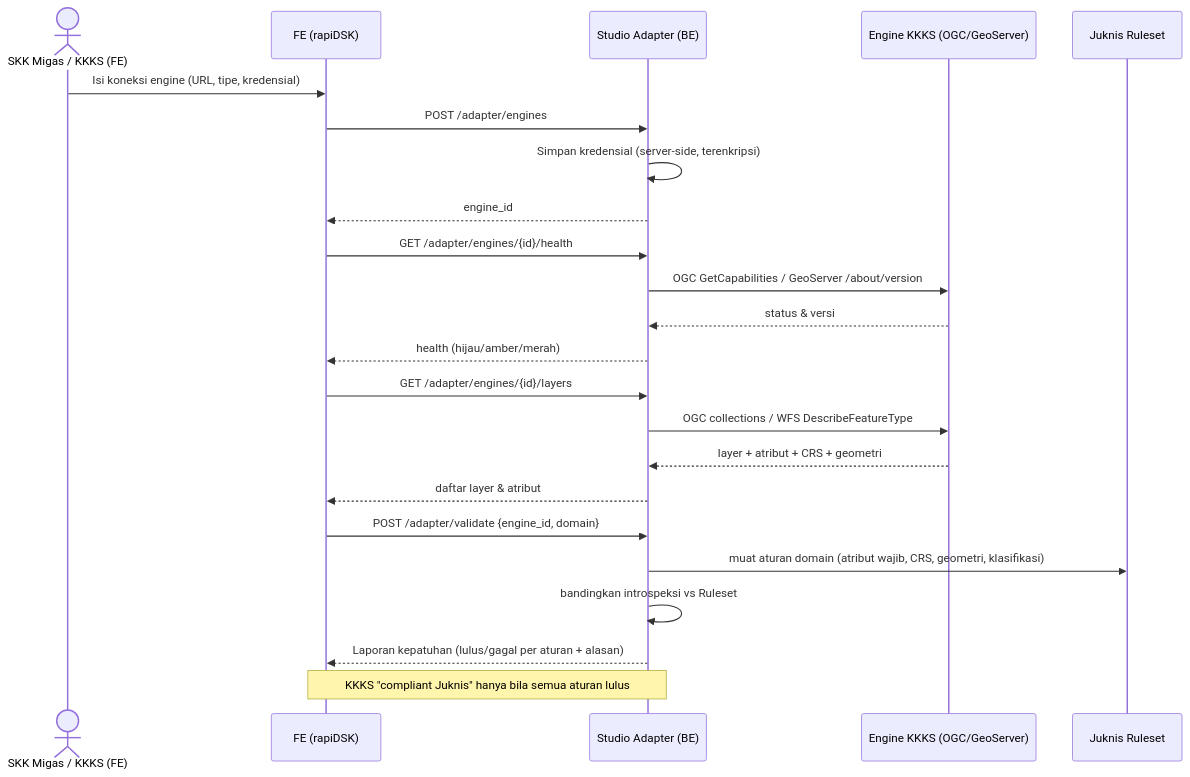
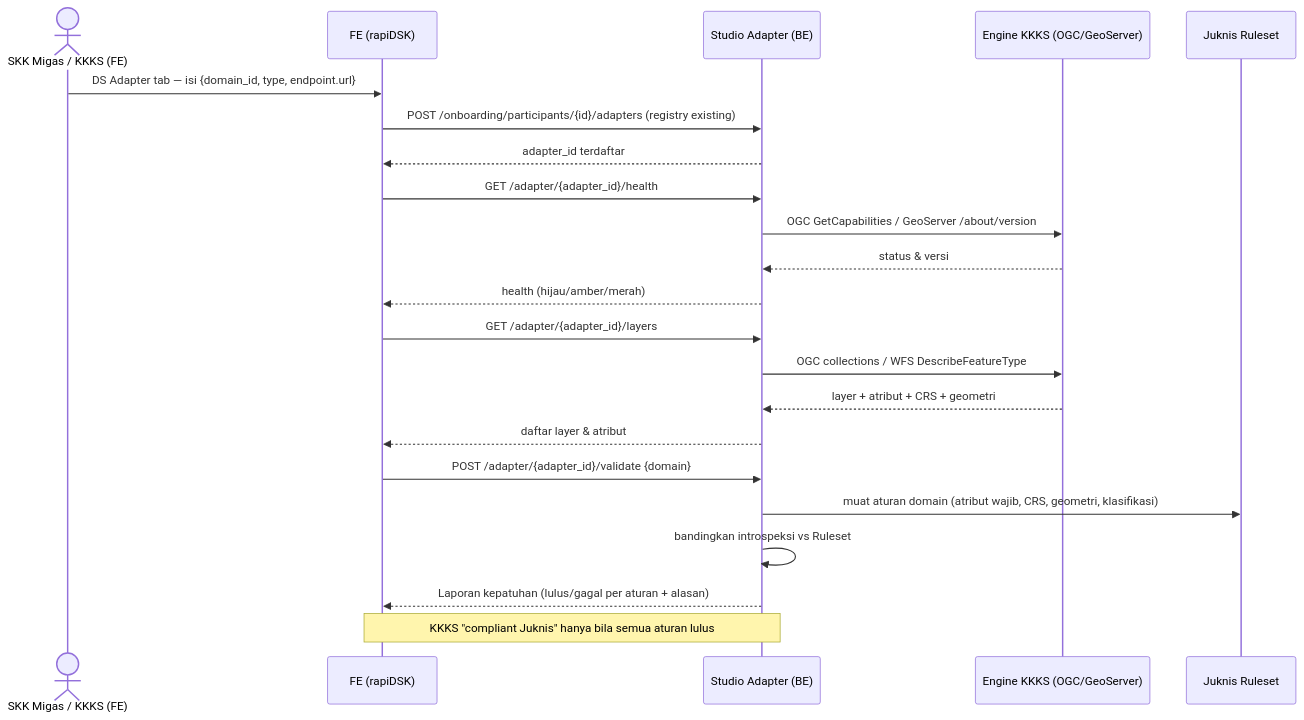
Before and after one commit to hendradi1187/rapidsk-web-app: the first of 4 diagrams in docs/ADR_Studio_Adapter_Dataspace_Connector.md, drawn with Mermaid. The commit also changed other lines of this file, not shown here.

First line of the commit message:
@ docs: align Studio Adapter ADR with existing DS Adapter tab

````diff
--- a/docs/ADR_Studio_Adapter_Dataspace_Connector.md
+++ b/docs/ADR_Studio_Adapter_Dataspace_Connector.md
@@ -97,29 +110,28 @@
 ```mermaid
 sequenceDiagram
     actor U as SKK Migas / KKKS (FE)
     participant FE as FE (rapiDSK)
     participant SA as Studio Adapter (BE)
     participant E as Engine KKKS (OGC/GeoServer)
     participant R as Juknis Ruleset
 
-    U->>FE: Isi koneksi engine (URL, tipe, kredensial)
-    FE->>SA: POST /adapter/engines
-    SA->>SA: Simpan kredensial (server-side, terenkripsi)
-    SA-->>FE: engine_id
+    U->>FE: DS Adapter tab — isi {domain_id, type, endpoint.url}
+    FE->>SA: POST /onboarding/participants/{id}/adapters (registry existing)
+    SA-->>FE: adapter_id terdaftar
 
-    FE->>SA: GET /adapter/engines/{id}/health
+    FE->>SA: GET /adapter/{adapter_id}/health
     SA->>E: OGC GetCapabilities / GeoServer /about/version
     E-->>SA: status & versi
     SA-->>FE: health (hijau/amber/merah)
 
-    FE->>SA: GET /adapter/engines/{id}/layers
+    FE->>SA: GET /adapter/{adapter_id}/layers
     SA->>E: OGC collections / WFS DescribeFeatureType
     E-->>SA: layer + atribut + CRS + geometri
     SA-->>FE: daftar layer & atribut
 
-    FE->>SA: POST /adapter/validate {engine_id, domain}
+    FE->>SA: POST /adapter/{adapter_id}/validate {domain}
     SA->>R: muat aturan domain (atribut wajib, CRS, geometri, klasifikasi)
     SA->>SA: bandingkan introspeksi vs Ruleset
     SA-->>FE: Laporan kepatuhan (lulus/gagal per aturan + alasan)
     Note over FE,SA: KKKS "compliant Juknis" hanya bila semua aturan lulus
 ```
````
